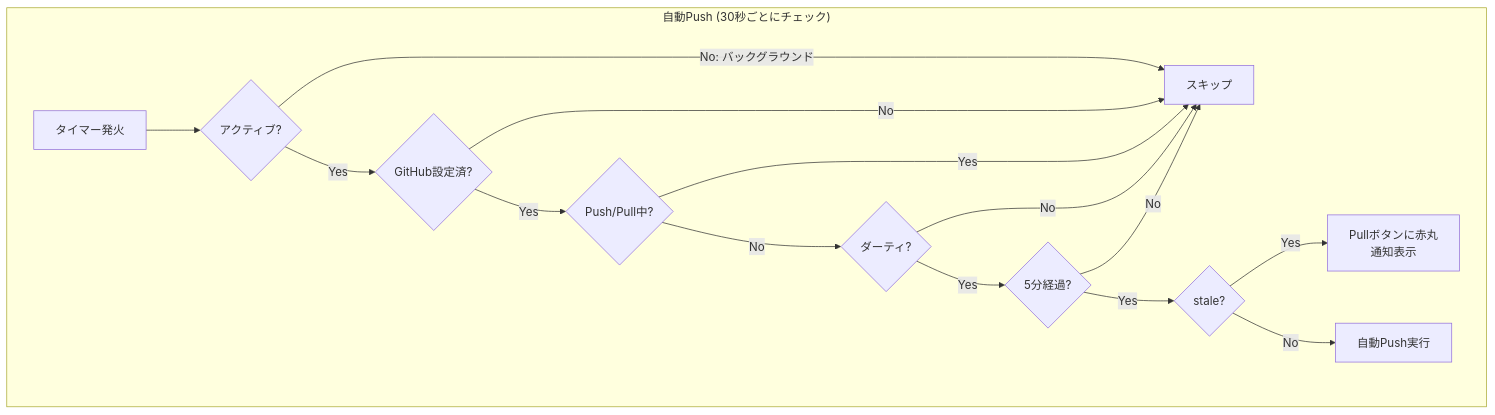
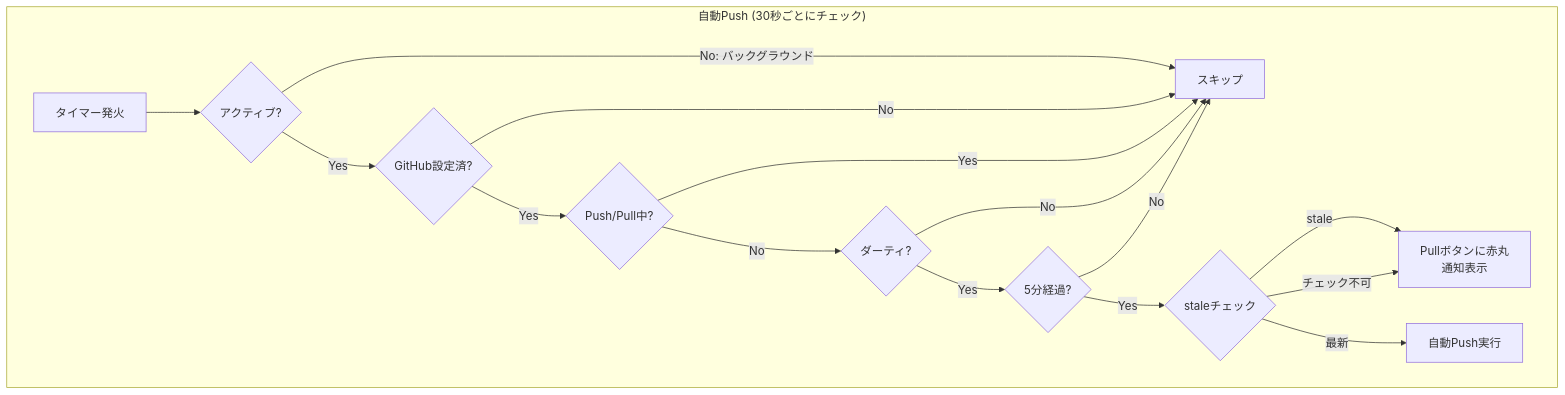
One commit to kako-jun/simplest-note-md changed the third of 3 diagrams in docs/development/data-protection.md. Above: the diagram before and after it, drawn with Mermaid. The commit also changed other lines of this file and 1 other file, not shown here.

First line of the commit message:
docs: Update stale edit detection documentation

````diff
--- a/docs/development/data-protection.md
+++ b/docs/development/data-protection.md
@@ -48,18 +49,19 @@
 ```mermaid
 flowchart TD
     subgraph AutoPush["自動Push (30秒ごとにチェック)"]
         AP1[タイマー発火] --> AP2{アクティブ?}
         AP2 -->|No: バックグラウンド| AP3[スキップ]
         AP2 -->|Yes| AP4{GitHub設定済?}
         AP4 -->|No| AP3
         AP4 -->|Yes| AP5{Push/Pull中?}
         AP5 -->|Yes| AP3
         AP5 -->|No| AP6{ダーティ?}
         AP6 -->|No| AP3
         AP6 -->|Yes| AP7{5分経過?}
         AP7 -->|No| AP3
-        AP7 -->|Yes| AP8{stale?}
-        AP8 -->|Yes| AP9[Pullボタンに赤丸\n通知表示]
-        AP8 -->|No| AP10[自動Push実行]
+        AP7 -->|Yes| AP8{staleチェック}
+        AP8 -->|stale| AP9[Pullボタンに赤丸\n通知表示]
+        AP8 -->|チェック不可| AP9
+        AP8 -->|最新| AP10[自動Push実行]
     end
 ```
````
